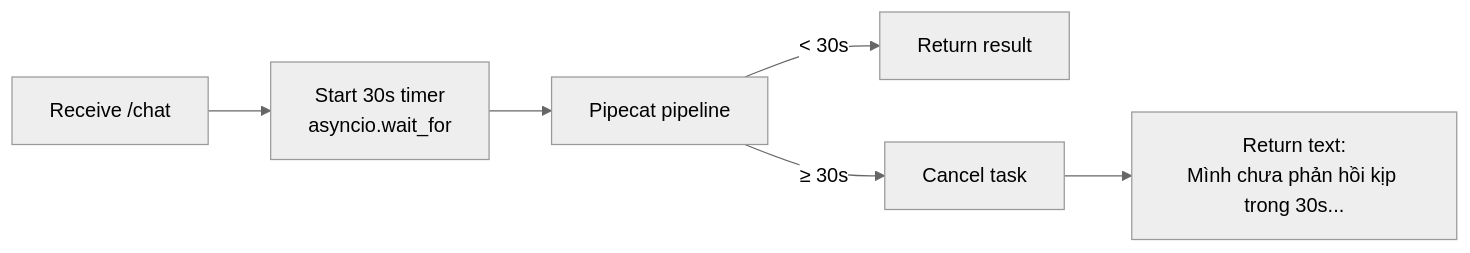
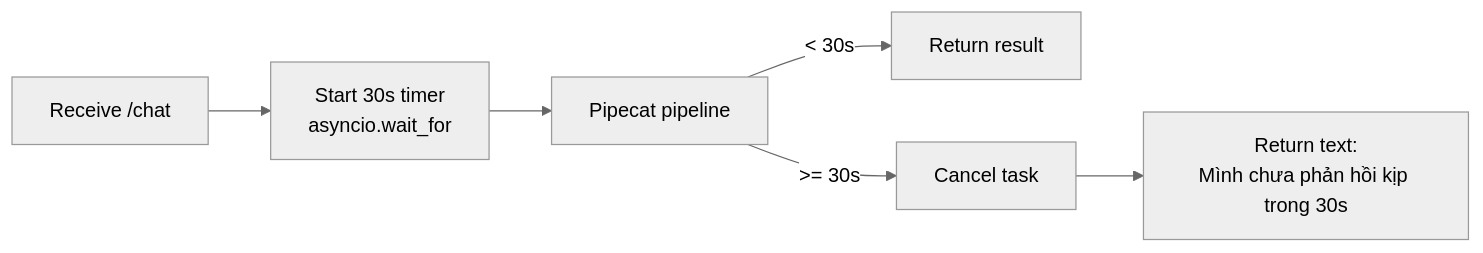
One commit to EricDuong5423/AIChatBot changed the third of 8 diagrams in ARCHITECTURE.md. Above: the diagram before and after it, drawn with Mermaid (neutral theme). The commit also changed other lines of this file and 5 other files, not shown here.

````diff
--- a/ARCHITECTURE.md
+++ b/ARCHITECTURE.md
@@ -172,8 +172,8 @@
 ```mermaid
 flowchart LR
-    START[Receive /chat] --> TIMER[Start 30s timer<br/>asyncio.wait_for]
-    TIMER --> PIPELINE[Pipecat pipeline]
-    PIPELINE -->|< 30s| RESULT[Return result]
-    PIPELINE -->|≥ 30s| CANCEL[Cancel task]
-    CANCEL --> FALLBACK["Return text:<br/>Mình chưa phản hồi kịp trong 30s..."]
+    START["Receive /chat"] --> TIMER["Start 30s timer<br/>asyncio.wait_for"]
+    TIMER --> PIPELINE["Pipecat pipeline"]
+    PIPELINE -->|"< 30s"| RESULT["Return result"]
+    PIPELINE -->|">= 30s"| CANCEL["Cancel task"]
+    CANCEL --> FALLBACK["Return text:<br/>Mình chưa phản hồi kịp trong 30s"]
 ```
````
